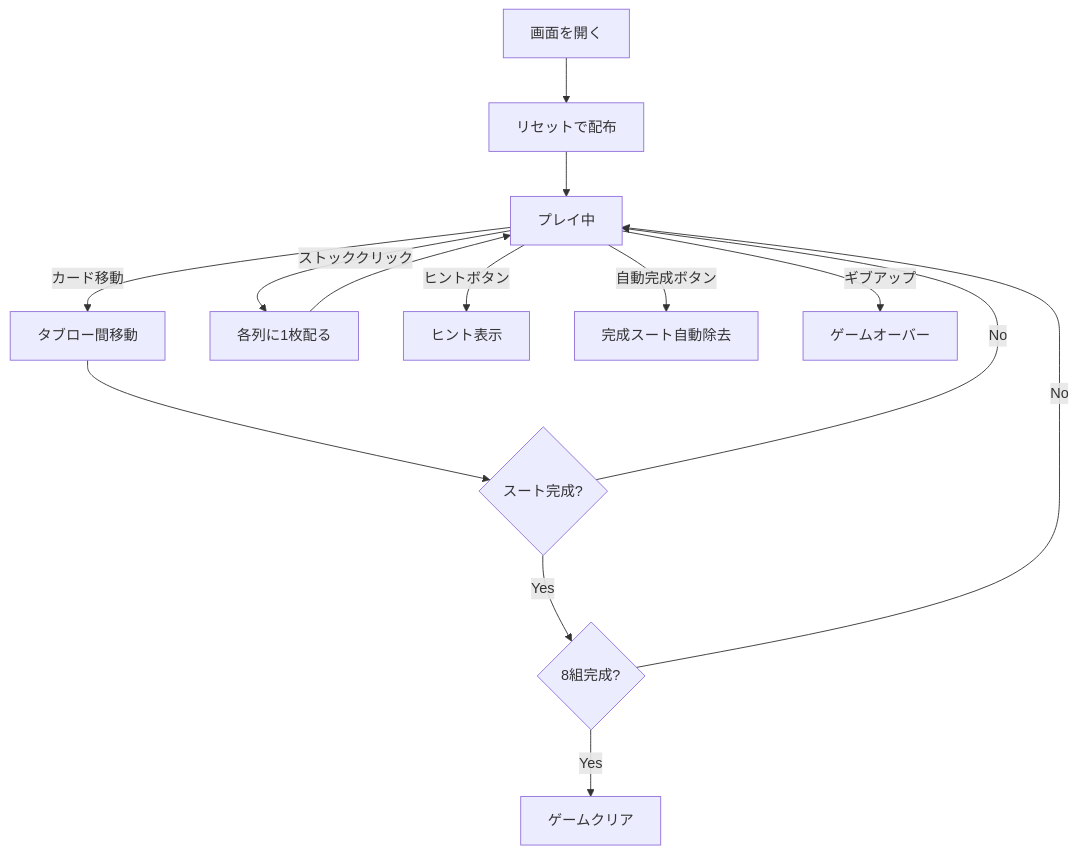
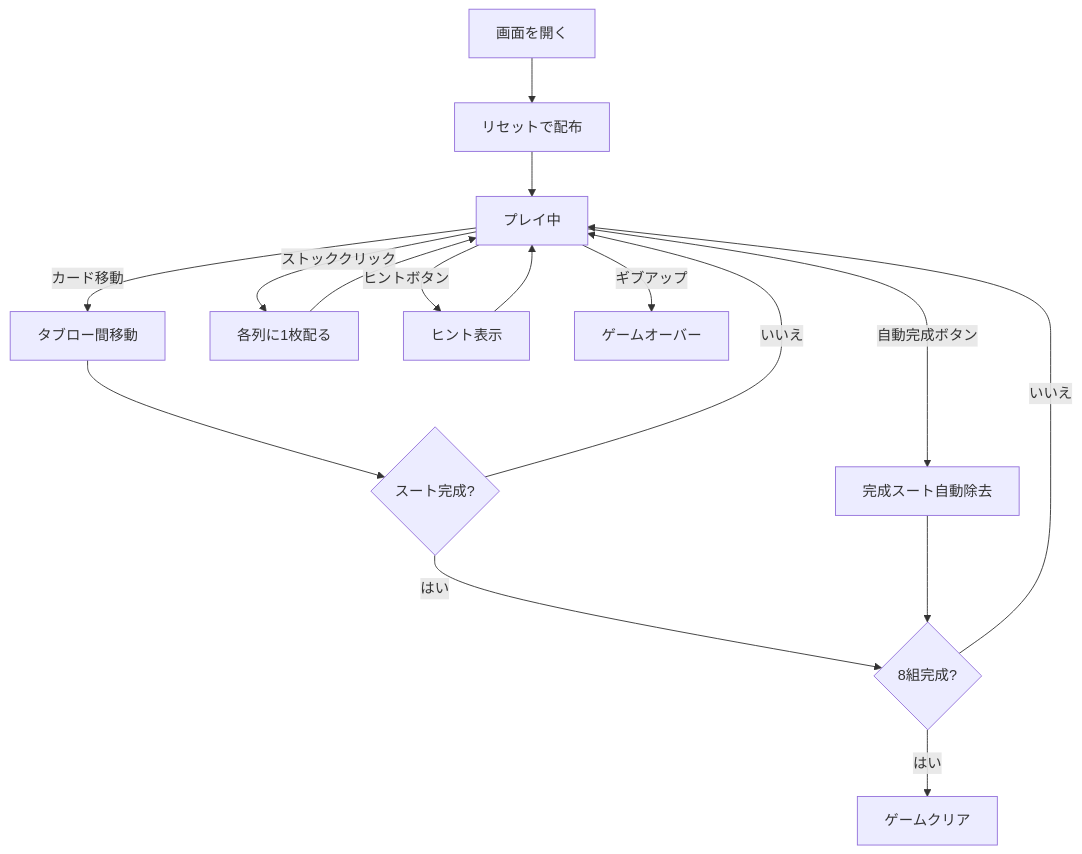
Before and after one commit to yuta-yoshinaga/go_trumpcards: the diagram in docs/manual/web/spider.md, drawn with Mermaid.

Commit message:
docs: fix spider.md mermaid diagram language and missing transitions
- change Yes/No to はい/いいえ for consistency with other manuals
- add F --> C transition (hint display returns to play state)
- add G --> J transition (auto-complete checks if all 8 suits done)

````diff
--- a/docs/manual/web/spider.md
+++ b/docs/manual/web/spider.md
@@ -43,16 +43,18 @@
 ```mermaid
 flowchart TD
     A[画面を開く] --> B[リセットで配布]
     B --> C[プレイ中]
     C -->|カード移動| D[タブロー間移動]
     C -->|ストッククリック| E[各列に1枚配る]
     C -->|ヒントボタン| F[ヒント表示]
     C -->|自動完成ボタン| G[完成スート自動除去]
     C -->|ギブアップ| H[ゲームオーバー]
     D --> I{スート完成?}
-    I -->|Yes| J{8組完成?}
-    I -->|No| C
-    J -->|Yes| K[ゲームクリア]
-    J -->|No| C
+    I -->|はい| J{8組完成?}
+    I -->|いいえ| C
+    J -->|はい| K[ゲームクリア]
+    J -->|いいえ| C
     E --> C
+    F --> C
+    G --> J
 ```
````
